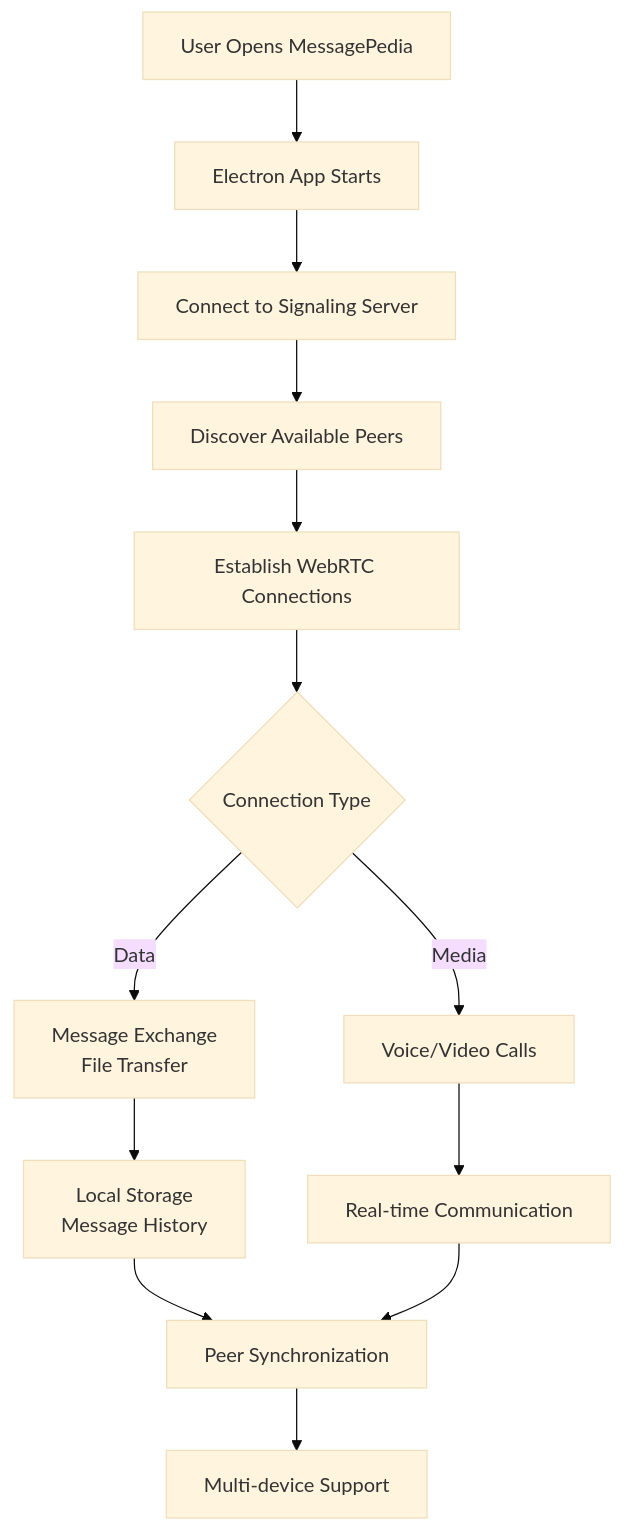
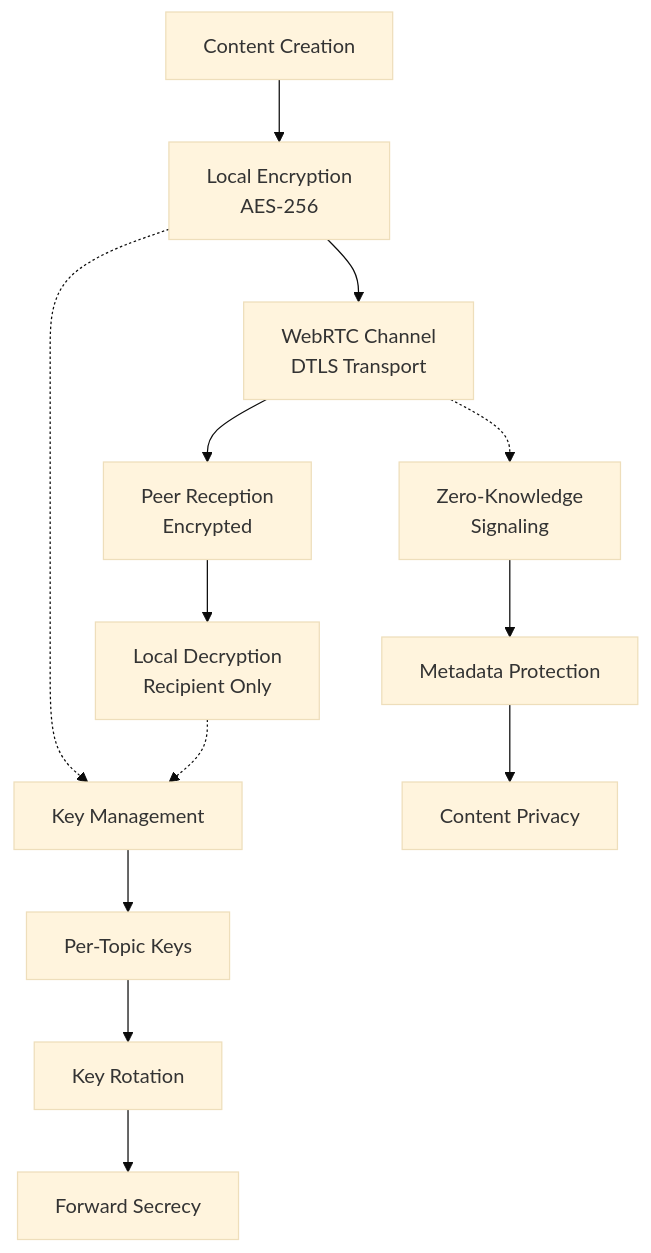
One commit to michaeloboyle/MessagePedia-WebRTC-Electron changed the eighth of 10 diagrams in docs/ARCHITECTURE.md. Above: the diagram before and after it, drawn with Mermaid (base theme). The commit also changed other lines of this file and 37 other files, not shown here.

````diff
--- a/docs/ARCHITECTURE.md
+++ b/docs/ARCHITECTURE.md
@@ -44,18 +338,19 @@
 ```mermaid
-flowchart TB
-    A[User Opens MessagePedia] --> B[Electron App Starts]
-    B --> C[Connect to Signaling Server]
-    C --> D[Discover Available Peers]
-    D --> E[Establish WebRTC Connections]
-    E --> F{Connection Type}
+flowchart TD
+    A[Content Creation] --> B[Local Encryption<br/>AES-256]
+    B --> C[WebRTC Channel<br/>DTLS Transport]
+    C --> D[Peer Reception<br/>Encrypted]
+    D --> E[Local Decryption<br/>Recipient Only]
     
-    F -->|Data| G[Message Exchange<br/>File Transfer]
-    F -->|Media| H[Voice/Video Calls]
+    F[Key Management] --> G[Per-Topic Keys]
+    G --> H[Key Rotation]
+    H --> I[Forward Secrecy]
     
-    G --> I[Local Storage<br/>Message History]
-    H --> J[Real-time Communication]
+    B -.-> F
+    E -.-> F
     
-    I --> K[Peer Synchronization]
-    J --> K
-    K --> L[Multi-device Support]
+    J[Zero-Knowledge<br/>Signaling] --> K[Metadata Protection]
+    K --> L[Content Privacy]
+    
+    C -.-> J
 ```
````
